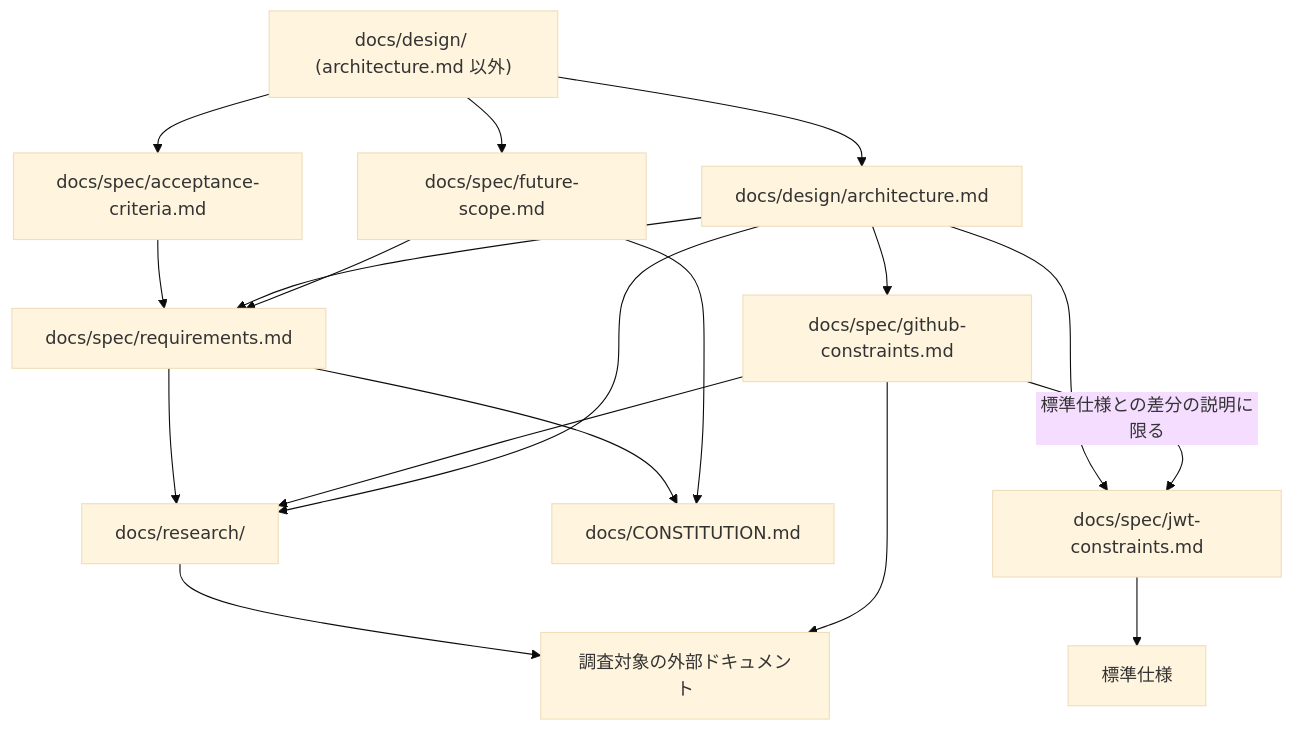
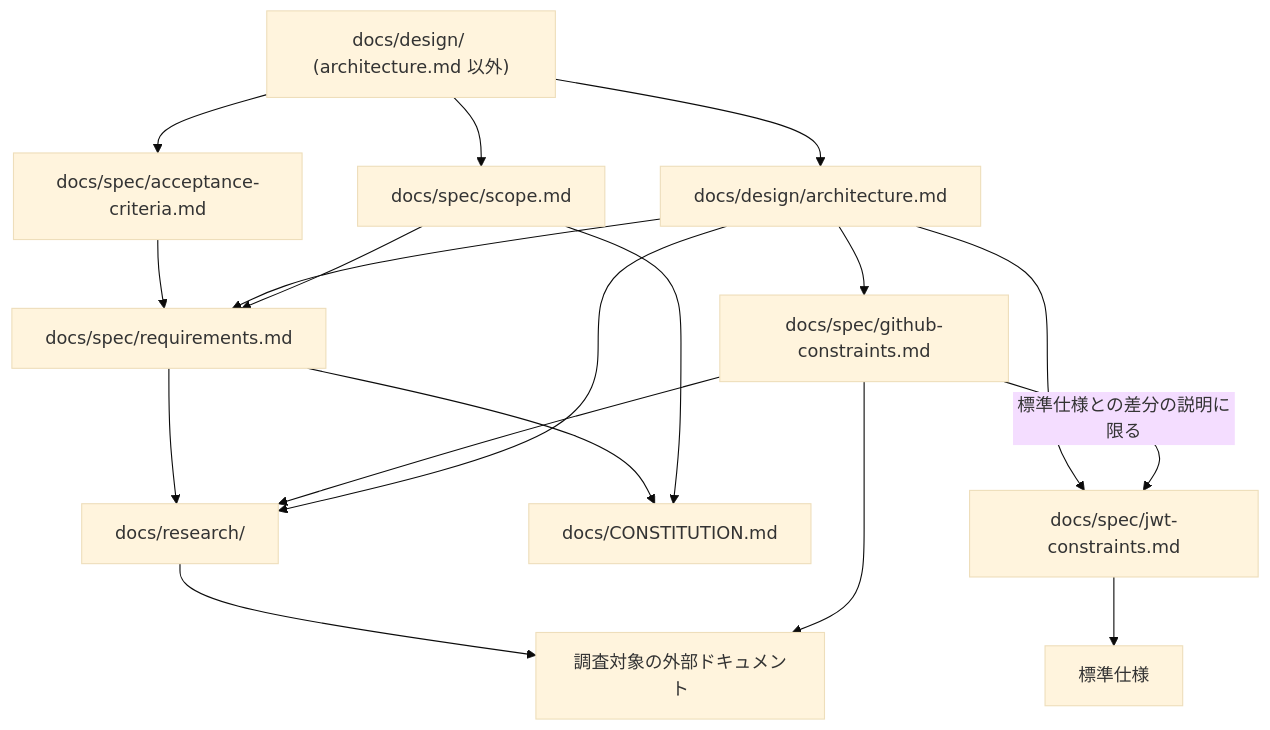
One commit to tmknom/gates changed the first of 2 diagrams in docs/contributing/docs-policy.md. Above: the diagram before and after it, drawn with Mermaid (base theme). The commit also changed other lines of this file and 16 other files, not shown here.

First line of the commit message:
docs(spec): keep only real requirements and move scope to scope.md

````diff
--- a/docs/contributing/docs-policy.md
+++ b/docs/contributing/docs-policy.md
@@ -25,20 +25,20 @@
 ```mermaid
 flowchart TD
     design["docs/design/ (architecture.md 以外)"] --> architecture["docs/design/architecture.md"]
-    design --> future["docs/spec/future-scope.md"]
+    design --> scope["docs/spec/scope.md"]
     design --> acceptance["docs/spec/acceptance-criteria.md"]
     acceptance --> requirements
     architecture --> requirements["docs/spec/requirements.md"]
     architecture --> github["docs/spec/github-constraints.md"]
     architecture --> jwt["docs/spec/jwt-constraints.md"]
-    future --> requirements
+    scope --> requirements
     requirements --> constitution["docs/CONSTITUTION.md"]
-    future --> constitution
+    scope --> constitution
     requirements --> research["docs/research/"]
     github --> research
     github -->|標準仕様との差分の説明に限る| jwt
     architecture --> research
     jwt --> standards["標準仕様"]
     research --> external["調査対象の外部ドキュメント"]
     github --> external
 ```
````
